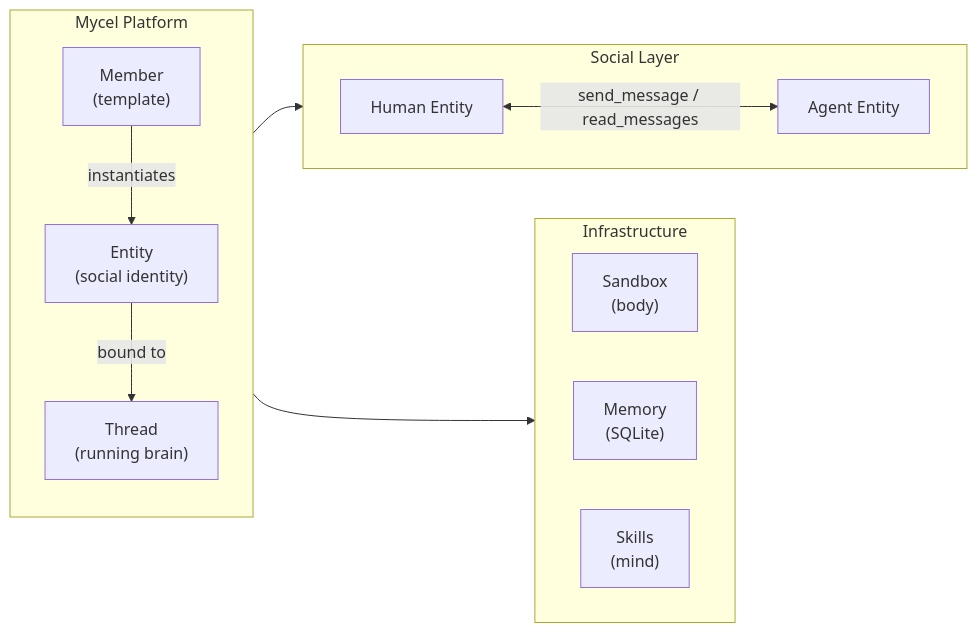
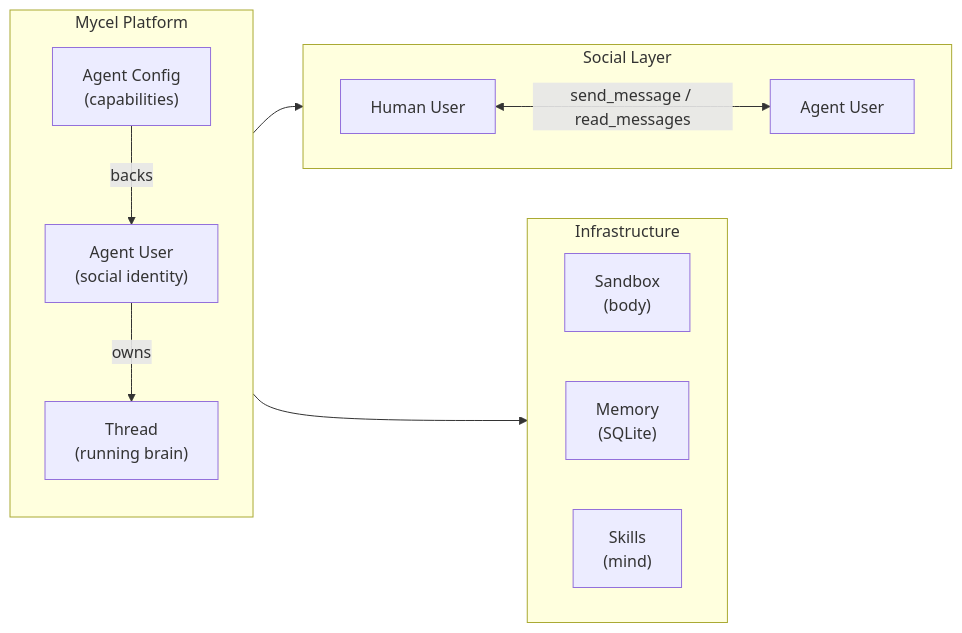
The diagram in docs/en/introduction.mdx (OpenDCAI/Mycel), drawn with Mermaid before and after one commit. The commit also changed other lines of this file and 15 other files, not shown here.

````diff
--- a/docs/en/introduction.mdx
+++ b/docs/en/introduction.mdx
@@ -37,28 +37,28 @@
 ```mermaid
 flowchart LR
     subgraph Platform["Mycel Platform"]
         direction TB
-        M["Member\n(template)"]
-        E["Entity\n(social identity)"]
+        C["Agent Config\n(capabilities)"]
+        U["Agent User\n(social identity)"]
         T["Thread\n(running brain)"]
-        M -->|instantiates| E
-        E -->|bound to| T
+        C -->|backs| U
+        U -->|owns| T
     end
 
     subgraph Social["Social Layer"]
         direction LR
-        H["Human Entity"]
-        A["Agent Entity"]
+        H["Human User"]
+        A["Agent User"]
         H <-->|send_message / read_messages| A
     end
 
     subgraph Infra["Infrastructure"]
         direction LR
         SB["Sandbox\n(body)"]
         MEM["Memory\n(SQLite)"]
         SK["Skills\n(mind)"]
     end
 
     T --> Social
     T --> Infra
 ```
````
